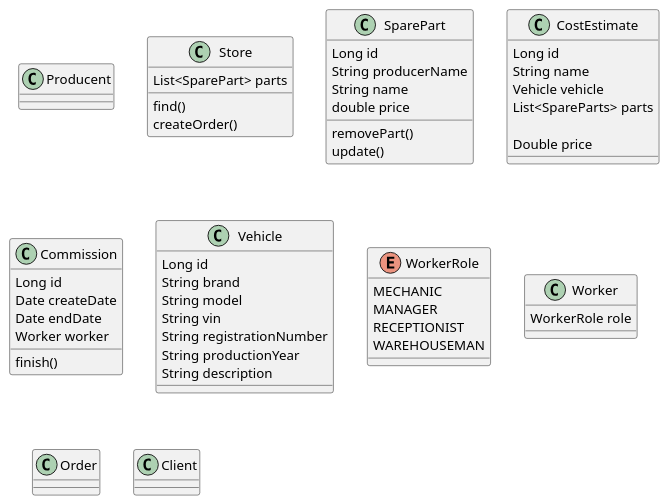
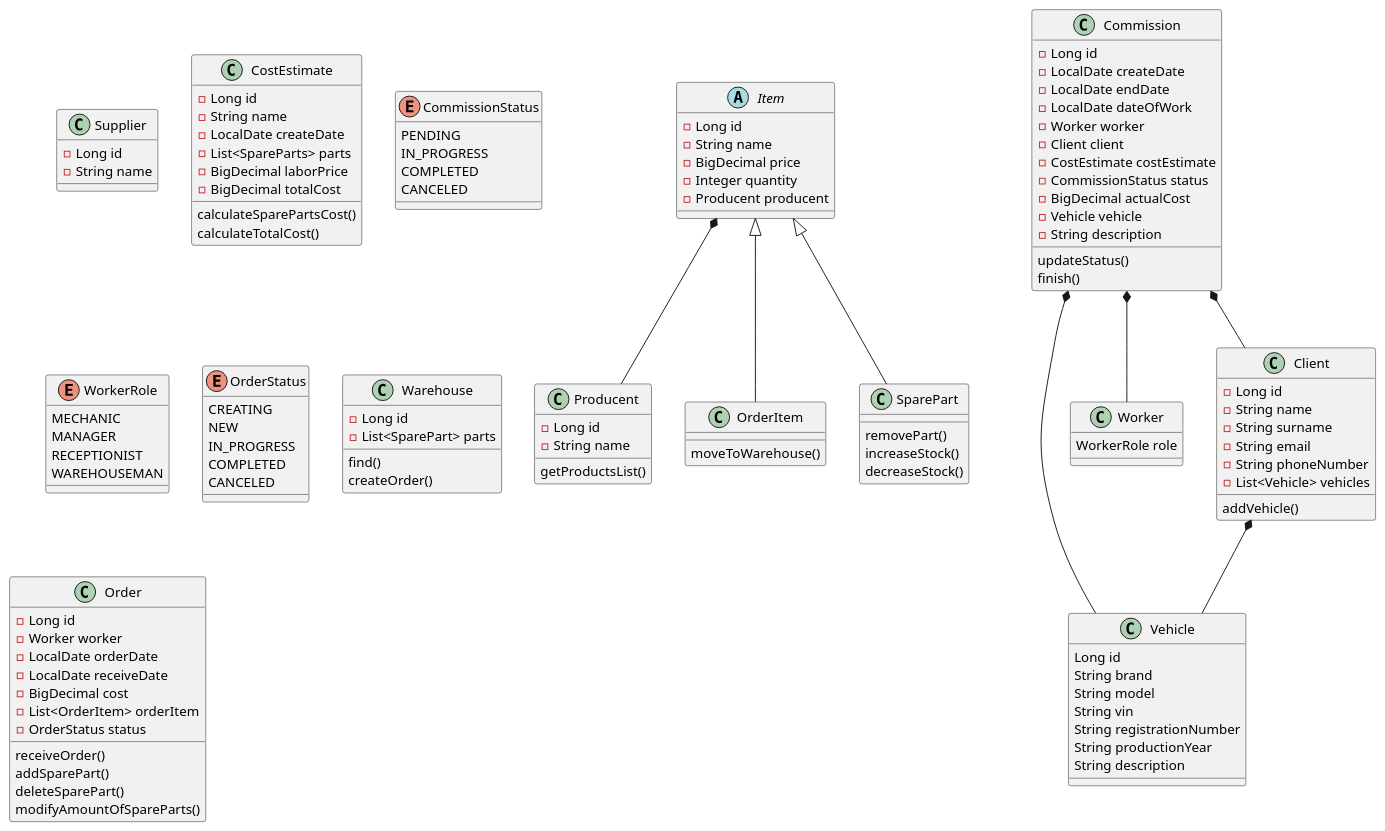
One commit to WojciechGos/Car-Service changed the diagram in src/main/java/com/carservice/CarService/main.puml. Above: the diagram before and after it, drawn with PlantUML.

Commit message:
before test

```diff
--- a/src/main/java/com/carservice/CarService/main.puml
+++ b/src/main/java/com/carservice/CarService/main.puml
@@ -1,113 +1,173 @@
 @startuml
 'https://plantuml.com/class-diagram
 
 
 class Producent {
+    - Long id
+    - String name
 
+    getProductsList()
 }
 
-class Store {
-
-    List<SparePart> parts
-
-    find()
-    createOrder()
-
-}
-
-
-class SparePart {
-    Long id
-    String producerName
-    String name
-    double price
-
-    removePart()
-    update()
-
-}
-
-class CostEstimate {
-    Long id
-    String name
-    Vehicle vehicle
-    List<SpareParts> parts
-
-    Double price
+class Supplier {
+    - Long id
+    - String name
 }
 
 
 
+class CostEstimate {
+    - Long id
+    - String name
+    - LocalDate createDate
+    - List<SpareParts> parts
+    - BigDecimal laborPrice
+    - BigDecimal totalCost
+
+    calculateSparePartsCost()
+    calculateTotalCost()
+}
+
+
+enum CommissionStatus{
+    PENDING
+    IN_PROGRESS
+    COMPLETED
+    CANCELED
+}
 
 class Commission {
-    Long id
-    Date createDate
-    Date endDate
-    Worker worker
+    - Long id
+    - LocalDate createDate
+    - LocalDate endDate
+    'pokrywa sie z podnosnikami
+    - LocalDate dateOfWork
+    - Worker worker
+    - Client client
+    - CostEstimate costEstimate
+    - CommissionStatus status
+    - BigDecimal actualCost
+    - Vehicle vehicle
+    - String description
 
-
-
+    updateStatus()
     finish()
 }
 
 class Vehicle {
     Long id
     String brand
     String model
     String vin
     String registrationNumber
     String productionYear
     String description
 }
 
 
 enum WorkerRole {
     MECHANIC
     MANAGER
     RECEPTIONIST
     WAREHOUSEMAN
 }
 
 class Worker {
     WorkerRole role
+}
 
+enum OrderStatus {
+    CREATING
+    NEW
+    IN_PROGRESS
+    COMPLETED
+    CANCELED
+}
+
+'Our warehouse
+class Warehouse {
+    - Long id
+    - List<SparePart> parts
+
+    find()
+    createOrder()
+}
+
+abstract class Item {
+    - Long id
+    - String name
+    - BigDecimal price
+    - Integer quantity
+    - Producent producent
+}
+'Spare part that is not in warehouse
+class OrderItem extends Item {
+    moveToWarehouse()
+}
+'Spare part that is actually in warehouse
+class SparePart extends Item {
+    removePart()
+    increaseStock()
+    decreaseStock()
 }
 
 class Order {
+    - Long id
+    - Worker worker
+    - LocalDate orderDate
+    - LocalDate receiveDate
+    - BigDecimal cost
+    - List<OrderItem> orderItem
+    - OrderStatus status
 
+    'For warehouseman to set status COMPLETED
+    receiveOrder()
+    addSparePart()
+    deleteSparePart()
+    modifyAmountOfSpareParts()
 }
 
+
+
 class Client {
+    - Long id
+    - String name
+    - String surname
+    - String email
+    - String phoneNumber
+    - List<Vehicle> vehicles
+
+    addVehicle()
 }
 
 
 
 
+Item *-- Producent
 
-'
+Commission *-- Client
+Commission *-- Worker
+Commission *-- Vehicle
+
+Client *-- Vehicle
+
 'abstract class AbstractList
 'abstract AbstractCollection
 'interface List
 'interface Collection
-
-
-
+'
+'
+'
 'List <|-- AbstractList
 'Collection <|-- AbstractCollection
-
+'
 'Collection <|- List
 'AbstractCollection <|- AbstractList
 'AbstractList <|-- ArrayList
-
+'
 'class ArrayList {
 'Object[] elementData
 'size()
 '}
 
-'enum TimeUnit {
-'DAYS
-'HOURS
-'MINUTES
-'}
-
 @enduml
```
